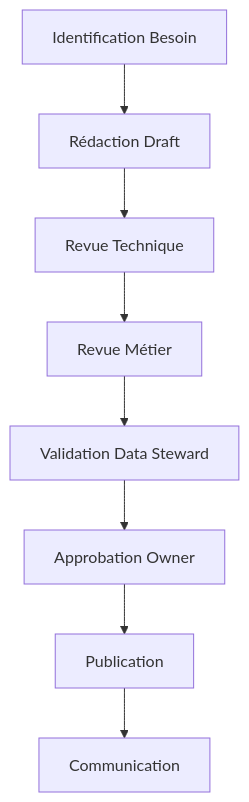
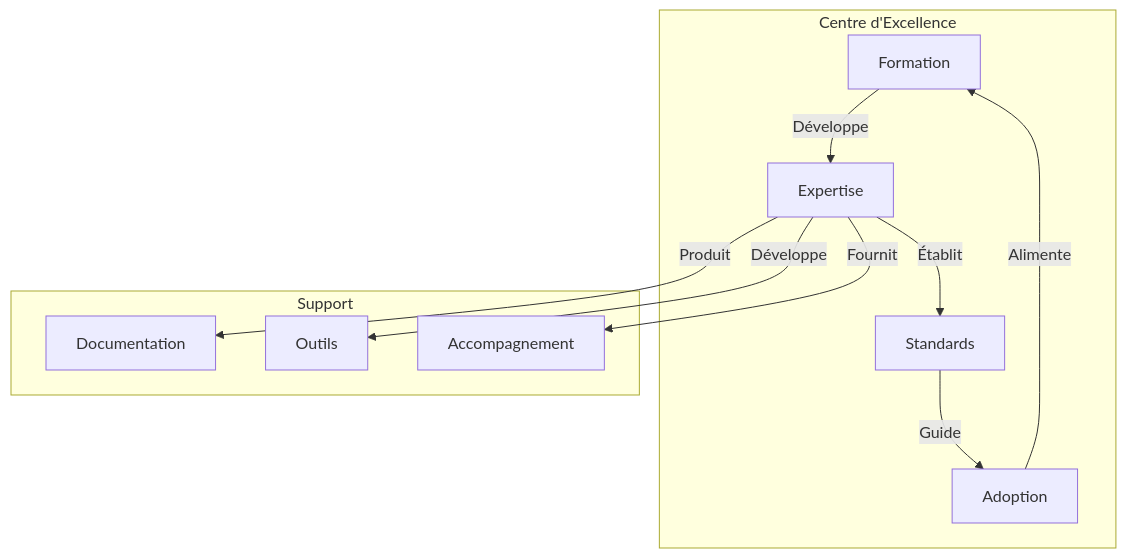
One commit to monmaya/pyb-data-contracts changed the diagram in docs/fr/articles/07-gouvernance-et-adoption.md. Above: the diagram before and after it, drawn with Mermaid. The commit also changed other lines of this file and 25 other files, not shown here.

````diff
--- a/docs/fr/articles/07-gouvernance-et-adoption.md
+++ b/docs/fr/articles/07-gouvernance-et-adoption.md
@@ -50,10 +100,19 @@
 ```mermaid
 graph TD
-    A[Identification Besoin] --> B[Rédaction Draft]
-    B --> C[Revue Technique]
-    C --> D[Revue Métier]
-    D --> E[Validation Data Steward]
-    E --> F[Approbation Owner]
-    F --> G[Publication]
-    G --> H[Communication]
+    subgraph "Centre d'Excellence"
+        A[Formation] -->|Développe| B[Expertise]
+        B -->|Établit| C[Standards]
+        C -->|Guide| D[Adoption]
+        D -->|Alimente| A
+    end
+
+    subgraph "Support"
+        E[Documentation]
+        F[Outils]
+        G[Accompagnement]
+    end
+
+    B -->|Produit| E
+    B -->|Développe| F
+    B -->|Fournit| G
 ```
````
